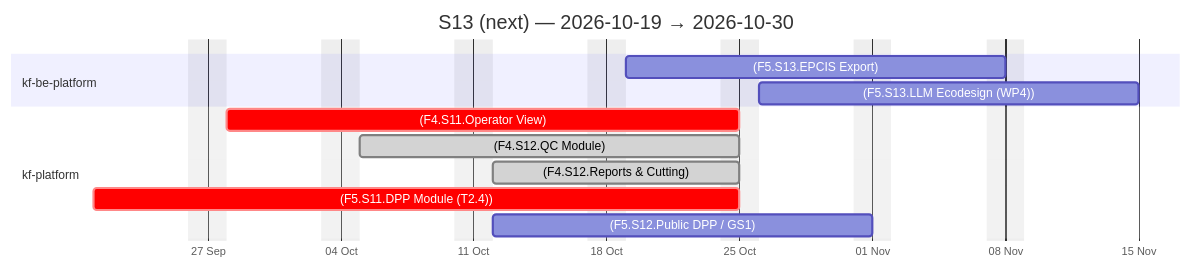
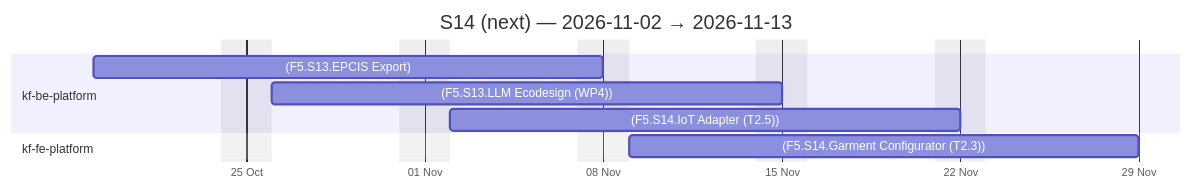
Before and after one commit to Katty-Fashion/kf-cpto: the fourth of 4 diagrams in docs/agile-sprints.md, drawn with Mermaid. The commit also changed other lines of this file and 16 other files, not shown here.

````diff
--- a/docs/agile-sprints.md
+++ b/docs/agile-sprints.md
@@ -97,17 +96,14 @@
 ```mermaid
 gantt
-    title S13 (next) — 2026-10-19 → 2026-10-30
+    title S14 (next) — 2026-11-02 → 2026-11-13
     dateFormat YYYY-MM-DD
     axisFormat %d %b
     excludes weekends
 
     section kf-be-platform
     (F5.S13.EPCIS Export) :2026-10-19, 2026-11-08
     (F5.S13.LLM Ecodesign (WP4)) :2026-10-26, 2026-11-15
-    section kf-platform
-    (F4.S11.Operator View) :crit, 2026-09-28, 2026-10-25
-    (F4.S12.QC Module) :done, 2026-10-05, 2026-10-25
-    (F4.S12.Reports & Cutting) :done, 2026-10-12, 2026-10-25
-    (F5.S11.DPP Module (T2.4)) :crit, 2026-09-21, 2026-10-25
-    (F5.S12.Public DPP / GS1) :2026-10-12, 2026-11-01
+    (F5.S14.IoT Adapter (T2.5)) :2026-11-02, 2026-11-22
+    section kf-fe-platform
+    (F5.S14.Garment Configurator (T2.3)) :2026-11-09, 2026-11-29
 ```
````
